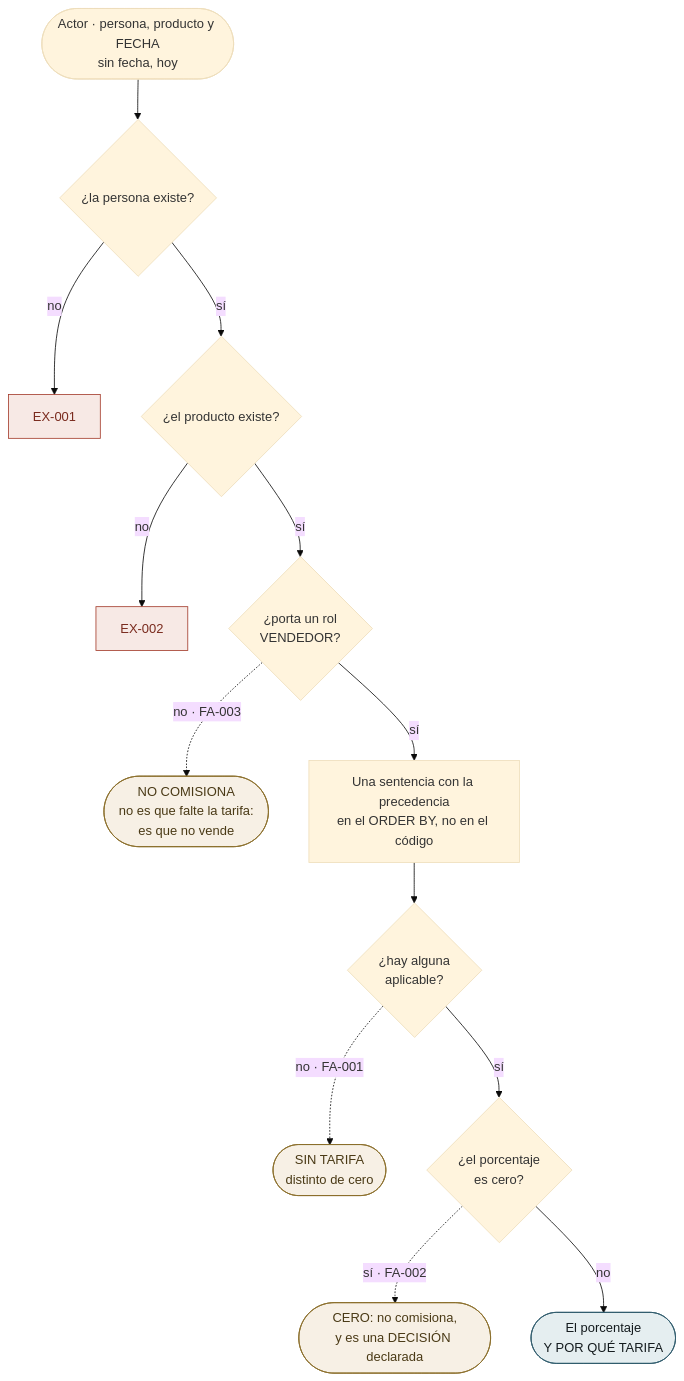
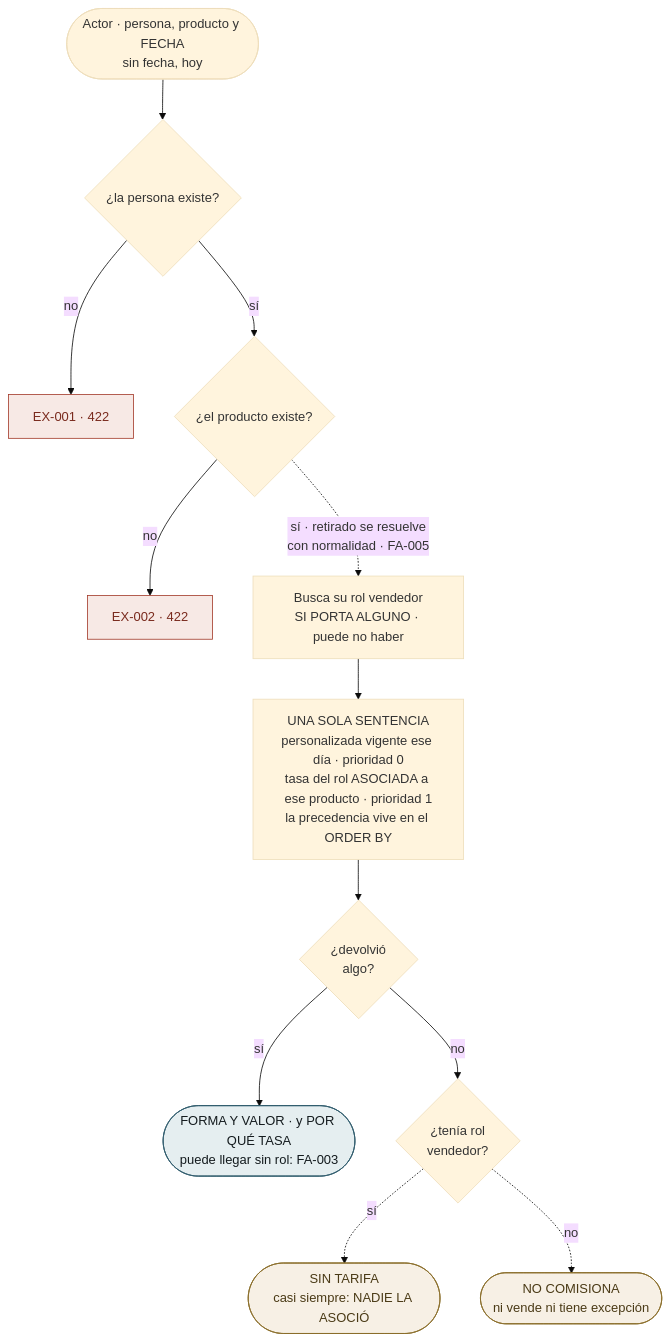
Before and after one commit to NexusPro-Dev/backend: the tenth of 10 diagrams in docs/flujos/cm/flujos-por-caso.md, drawn with Mermaid (base theme). The commit also changed other lines of this file and 63 other files, not shown here.

First line of the commit message:
feat(cm): la comision se declara en porcentaje o en valor fijo

````diff
--- a/docs/flujos/cm/flujos-por-caso.md
+++ b/docs/flujos/cm/flujos-por-caso.md
@@ -180,23 +387,22 @@
 ```mermaid
 flowchart TD
     A(["Actor · persona, producto y FECHA<br/>sin fecha, hoy"])
     A --> V1{"¿la persona existe?"}
-    V1 -->|no| E1["EX-001"]
+    V1 -->|no| E1["EX-001 · 422"]
     V1 -->|sí| V2{"¿el producto existe?"}
-    V2 -->|no| E2["EX-002"]
-    V2 -->|sí| V3{"¿porta un rol<br/>VENDEDOR?"}
-    V3 -.->|"no · FA-003"| N1(["NO COMISIONA<br/>no es que falte la tarifa:<br/>es que no vende"])
-    V3 -->|sí| P1["Una sentencia con la precedencia<br/>en el ORDER BY, no en el código"]
-    P1 --> D1{"¿hay alguna<br/>aplicable?"}
-    D1 -.->|"no · FA-001"| N2(["SIN TARIFA<br/>distinto de cero"])
-    D1 -->|sí| D2{"¿el porcentaje<br/>es cero?"}
-    D2 -.->|"sí · FA-002"| N3(["CERO: no comisiona,<br/>y es una DECISIÓN declarada"])
-    D2 -->|no| FIN(["El porcentaje<br/>Y POR QUÉ TARIFA"])
+    V2 -->|no| E2["EX-002 · 422"]
+    V2 -.->|"sí · retirado se resuelve<br/>con normalidad · FA-005"| P0["Busca su rol vendedor<br/>SI PORTA ALGUNO · puede no haber"]
+    P0 --> P1["UNA SOLA SENTENCIA<br/>personalizada vigente ese día · prioridad 0<br/>tasa del rol ASOCIADA a ese producto · prioridad 1<br/>la precedencia vive en el ORDER BY"]
+    P1 --> D1{"¿devolvió<br/>algo?"}
+    D1 -->|sí| FIN(["FORMA Y VALOR · y POR QUÉ TASA<br/>puede llegar sin rol: FA-003"])
+    D1 -->|no| D2{"¿tenía rol<br/>vendedor?"}
+    D2 -.->|"sí"| N2(["SIN TARIFA<br/>casi siempre: NADIE LA ASOCIÓ"])
+    D2 -.->|"no"| N1(["NO COMISIONA<br/>ni vende ni tiene excepción"])
 
     classDef ex fill:#F7E9E5,stroke:#A33B2A,color:#7A2B1E
     classDef ok fill:#E5EEF0,stroke:#2D5A6B,color:#141B1E
     classDef gris fill:#F7F0E5,stroke:#8A6D2A,color:#4A3A16
     class E1,E2 ex
     class FIN ok
-    class N1,N2,N3 gris
+    class N1,N2 gris
 ```
````
